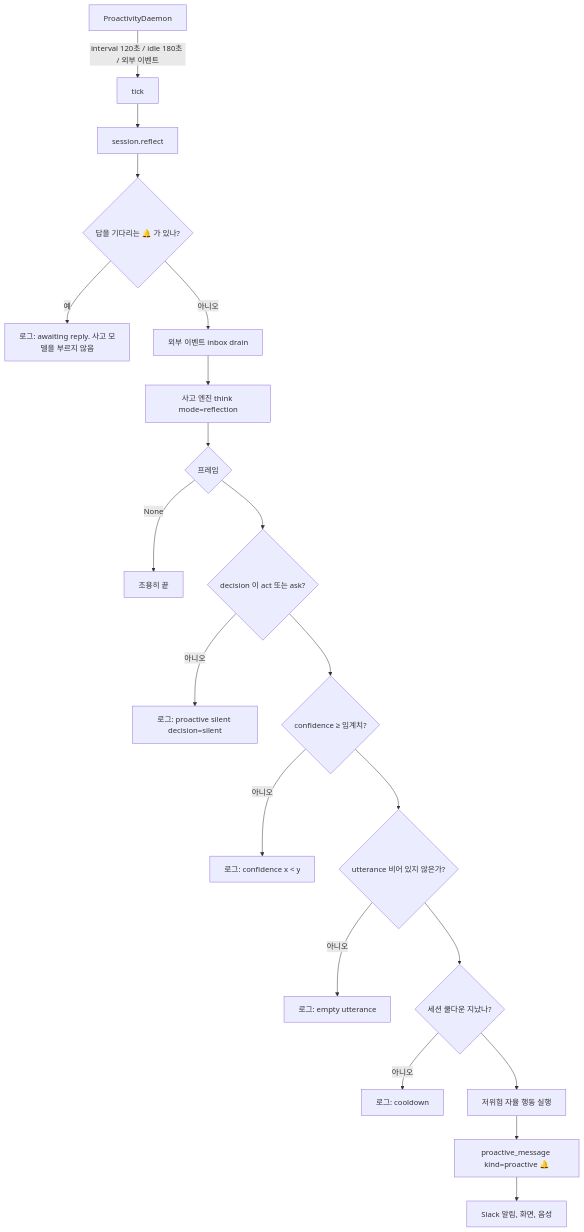
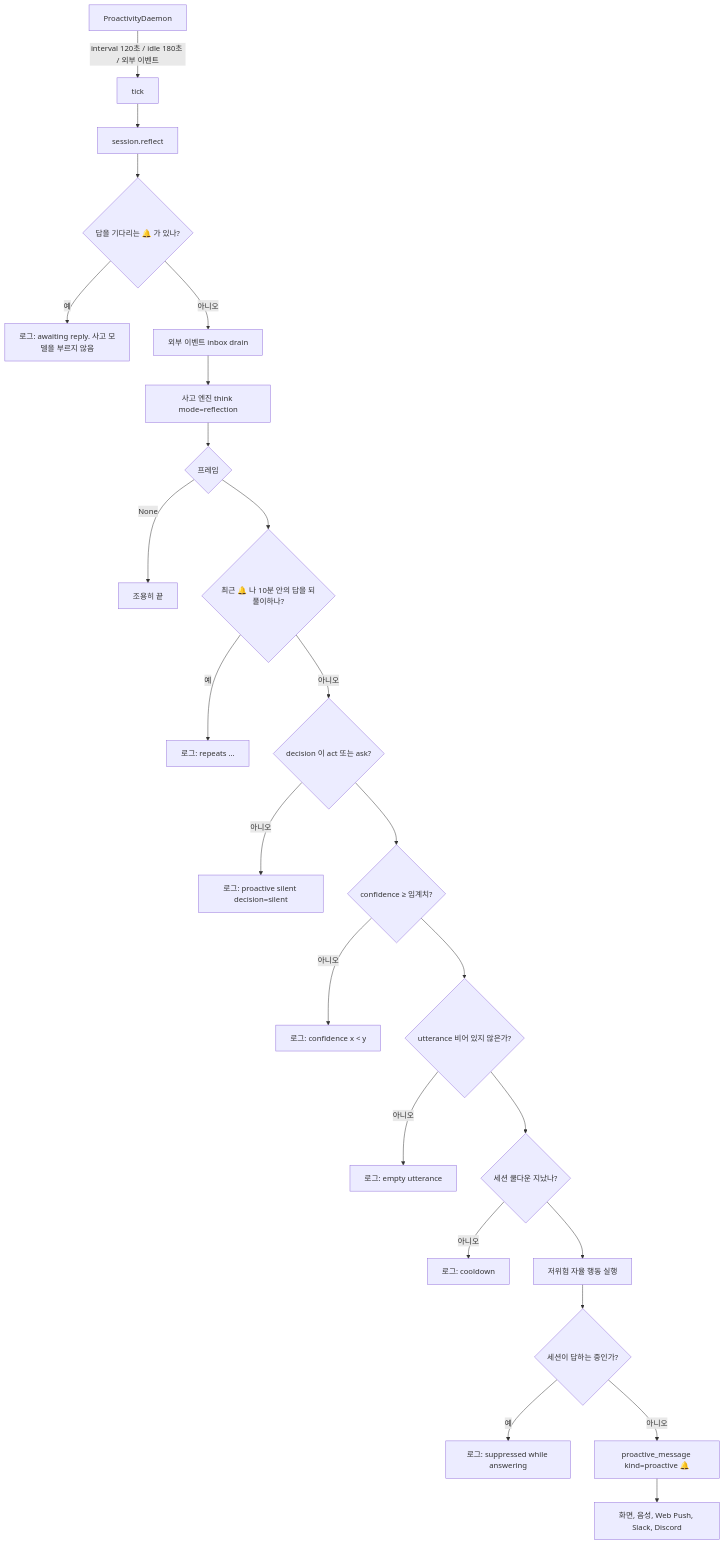
The second of 4 diagrams in website/docs/concepts/architecture/proactive.md (ash-hun/jarvis-agent), drawn with Mermaid before and after one commit. The commit also changed other lines of this file and 10 other files, not shown here.

Commit message:
Docs: 이번 주 변경(개성, KAREN gpt-4o 와 관심 지역, 추천 1순위, 영어 음성, 되묻기, Web Push 제목, 🔔 되풀이 막기, 세션 마무리 대기)을 문서에 맞춘다 (#155)

````diff
--- a/website/docs/concepts/architecture/proactive.md
+++ b/website/docs/concepts/architecture/proactive.md
@@ -44,22 +44,26 @@
 ```mermaid
 flowchart TD
   D[ProactivityDaemon] -->|interval 120초 / idle 180초 / 외부 이벤트| T[tick]
   T --> R[session.reflect]
   R --> W{답을 기다리는 🔔 가 있나?}
   W -- 예 --> LW[로그: awaiting reply. 사고 모델을 부르지 않음]
   W -- 아니오 --> X[외부 이벤트 inbox drain]
   X --> E[사고 엔진 think mode=reflection]
   E --> F{프레임}
   F -- None --> Q[조용히 끝]
-  F --> G1{decision 이 act 또는 ask?}
+  F --> RP{최근 🔔 나 10분 안의 답을 되풀이하나?}
+  RP -- 예 --> LR[로그: repeats ...]
+  RP -- 아니오 --> G1{decision 이 act 또는 ask?}
   G1 -- 아니오 --> L[로그: proactive silent decision=silent]
   G1 --> G2{confidence ≥ 임계치?}
   G2 -- 아니오 --> L2[로그: confidence x < y]
   G2 --> G3{utterance 비어 있지 않은가?}
   G3 -- 아니오 --> L3[로그: empty utterance]
   G3 --> G4{세션 쿨다운 지났나?}
   G4 -- 아니오 --> L4[로그: cooldown]
   G4 --> A[저위험 자율 행동 실행]
-  A --> M[proactive_message kind=proactive 🔔]
-  M --> N[Slack 알림, 화면, 음성]
+  A --> B{세션이 답하는 중인가?}
+  B -- 예 --> LB[로그: suppressed while answering]
+  B -- 아니오 --> M[proactive_message kind=proactive 🔔]
+  M --> N[화면, 음성, Web Push, Slack, Discord]
 ```
````
